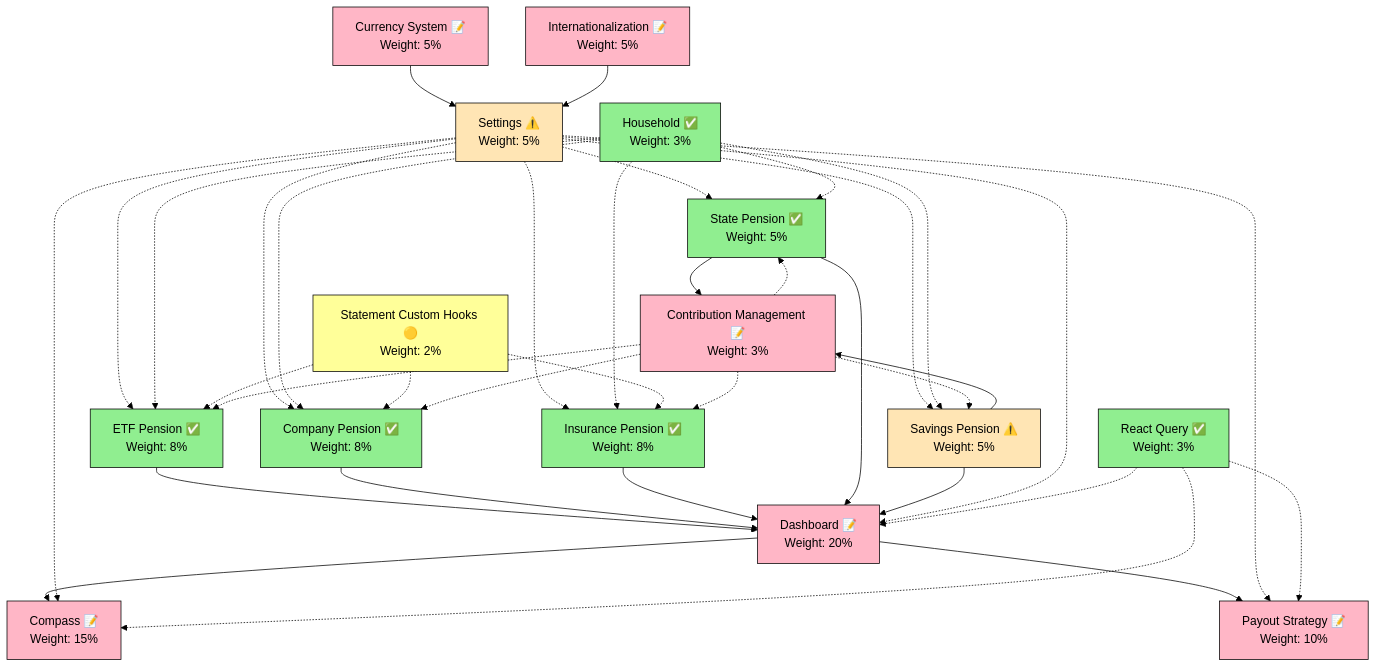
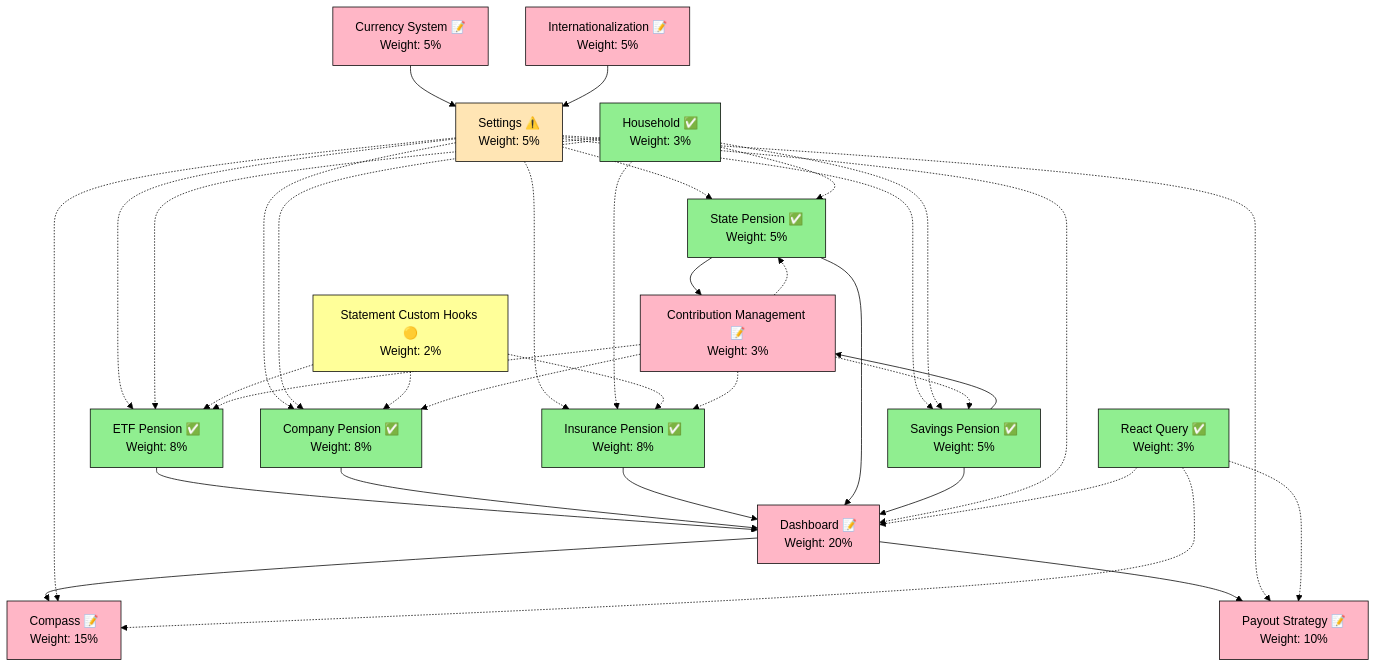
One commit to my-axel/goldfinch changed the first of 2 diagrams in PROGRESS.md. Above: the diagram before and after it, drawn with Mermaid (forest theme). The commit also changed other lines of this file and 23 other files, not shown here.

First line of the commit message:
Implement Savings Pension Features and Update Progress

````diff
--- a/PROGRESS.md
+++ b/PROGRESS.md
@@ -158,63 +164,63 @@
 ```mermaid
 graph TD
     %% Core Modules
     ETF[ETF Pension ✅<br/>Weight: 8%] --> D
     CP[Company Pension ✅<br/>Weight: 8%] --> D
     IP[Insurance Pension ✅<br/>Weight: 8%] --> D
     SP[State Pension ✅<br/>Weight: 5%] --> D
-    SVP[Savings Pension ⚠️<br/>Weight: 5%] --> D
+    SVP[Savings Pension ✅<br/>Weight: 5%] --> D
     D[Dashboard 📝<br/>Weight: 20%] --> C
     D --> PS
     
     %% Dependent Modules
     C[Compass 📝<br/>Weight: 15%]
     PS[Payout Strategy 📝<br/>Weight: 10%]
     
     %% Cross-Cutting Features
     CS[Currency System 📝<br/>Weight: 5%] --> S
     I18n[Internationalization 📝<br/>Weight: 5%] --> S
     
     %% Settings affects all modules
     S[Settings ⚠️<br/>Weight: 5%] -.-> ETF
     S -.-> CP
     S -.-> IP
     S -.-> SP
     S -.-> SVP
     S -.-> D
     S -.-> C
     S -.-> PS
     
     %% Household integration
     H[Household ✅<br/>Weight: 3%] -.-> ETF
     H -.-> CP
     H -.-> IP
     H -.-> SP
     H -.-> SVP
     
     %% Technical Improvements
     SCH[Statement Custom Hooks 🟡<br/>Weight: 2%] -.-> ETF
     SCH -.-> CP
     SCH -.-> IP
     RQ[React Query ✅<br/>Weight: 3%] -.-> D
     RQ -.-> C
     RQ -.-> PS
     CM[Contribution Management 📝<br/>Weight: 3%] -.-> ETF
     CM -.-> CP
     CM -.-> IP
     CM -.-> SP
     CM -.-> SVP
     
     %% Dependencies for Contribution Management
     SP --> CM
     SVP --> CM
     
     %% Styling
     classDef complete fill:#90EE90,stroke:#000
     classDef partial fill:#FFE5B4,stroke:#000
     classDef notStarted fill:#FFB6C6,stroke:#000
     classDef inProgress fill:#FFFF99,stroke:#000
-    class ETF,H,CP,IP,SP,RQ complete
-    class S,SVP partial
+    class ETF,H,CP,IP,SP,RQ,SVP complete
+    class S partial
     class CS,I18n,D,C,PS,CM notStarted
     class SCH inProgress
 ```
````
